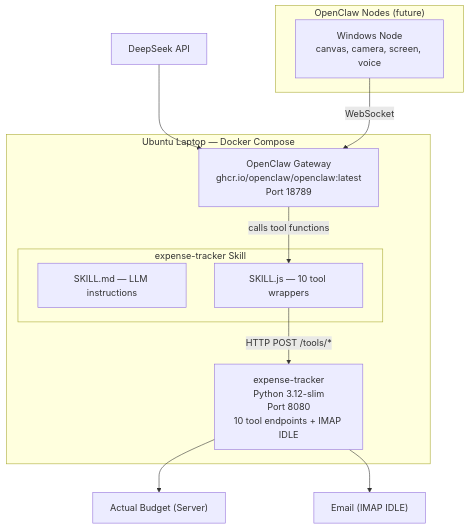
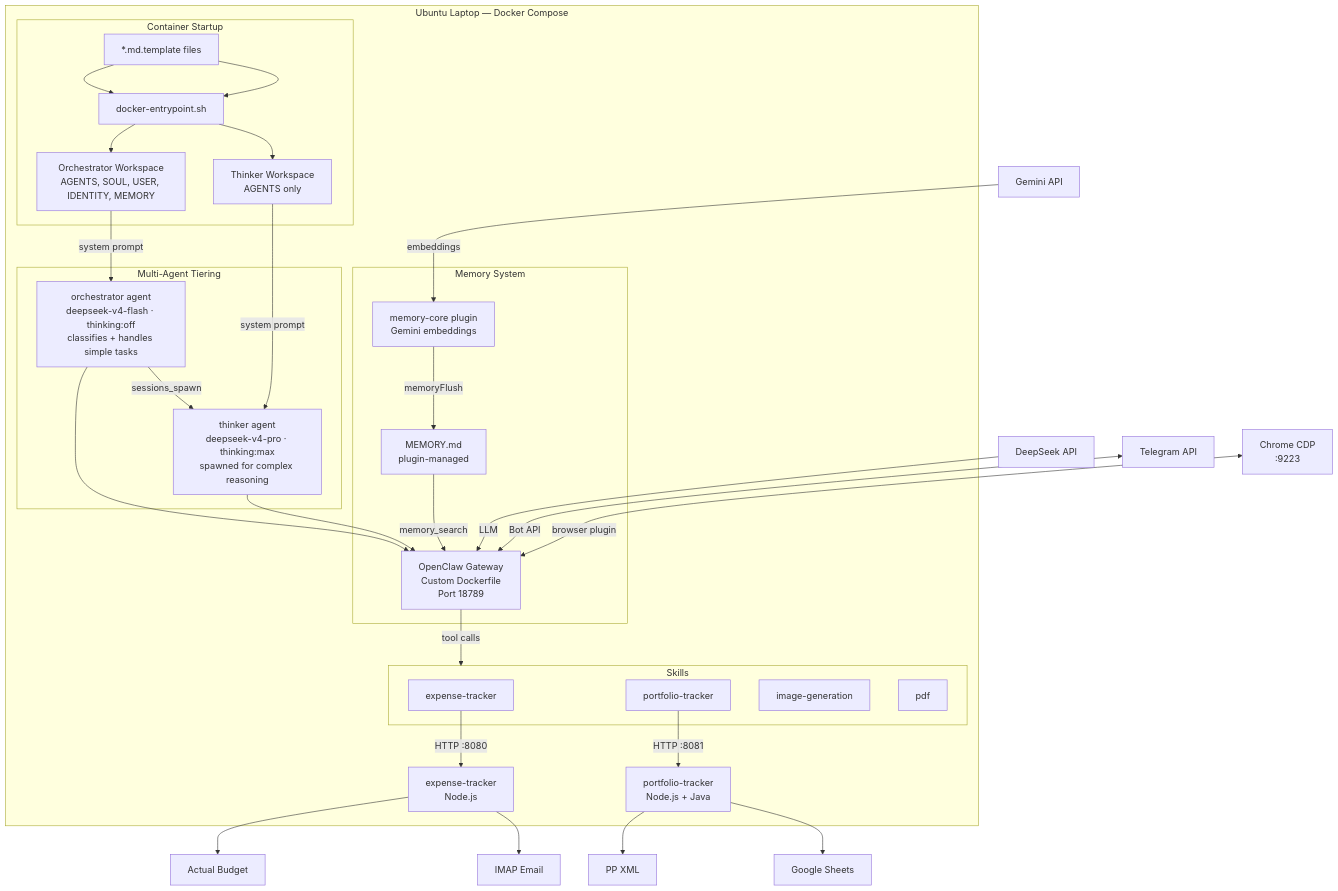
One commit to darrencjh8/darren-openclaw changed the sixth of 10 diagrams in design.md. Above: the diagram before and after it, drawn with Mermaid. The commit also changed other lines of this file and 212 other files, not shown here.

First line of the commit message:
Complete Node.js migration: WASM semantic search, 551 tests, spec cleanup (#7)

````diff
--- a/design.md
+++ b/design.md
@@ -591,25 +631,52 @@
 ```mermaid
 graph TB
     subgraph Local["Ubuntu Laptop — Docker Compose"]
-        GW["OpenClaw Gateway<br/>ghcr.io/openclaw/openclaw:latest<br/>Port 18789"]
-        
-        subgraph Skill["expense-tracker Skill"]
-            MD["SKILL.md — LLM instructions"]
-            JS["SKILL.js — 10 tool wrappers"]
+        subgraph Startup["Container Startup"]
+            TPL["*.md.template files"]
+            ENT["docker-entrypoint.sh"]
+            WS["Orchestrator Workspace<br/>AGENTS, SOUL, USER, IDENTITY, MEMORY"]
+            TWS["Thinker Workspace<br/>AGENTS only"]
+            TPL --> ENT --> WS
+            TPL --> ENT --> TWS
         end
-        
-        ET["expense-tracker<br/>Python 3.12-slim<br/>Port 8080<br/>10 tool endpoints + IMAP IDLE"]
-        
-        GW -->|"calls tool functions"| JS
-        JS -->|"HTTP POST /tools/*"| ET
+
+        subgraph Agents["Multi-Agent Tiering"]
+            ORCH["orchestrator agent<br/>deepseek-v4-flash · thinking:off<br/>classifies + handles simple tasks"]
+            THINK["thinker agent<br/>deepseek-v4-pro · thinking:max<br/>spawned for complex reasoning"]
+            ORCH -->|"sessions_spawn"| THINK
+        end
+
+        GW["OpenClaw Gateway<br/>Custom Dockerfile<br/>Port 18789"]
+        WS -->|"system prompt"| ORCH
+        TWS -->|"system prompt"| THINK
+        ORCH --> GW
+        THINK --> GW
+
+        subgraph Memory["Memory System"]
+            MC["memory-core plugin<br/>Gemini embeddings"]
+            MEM["MEMORY.md<br/>plugin-managed"]
+            MC -->|"memoryFlush"| MEM
+            MEM -->|"memory_search"| GW
+        end
+
+        subgraph Skills["Skills"]
+            EXP["expense-tracker"]
+            POR["portfolio-tracker"]
+            IMG["image-generation"]
+            PDF["pdf"]
+        end
+
+        GW -->|"tool calls"| Skills
+        EXP -->|"HTTP :8080"| ET["expense-tracker<br/>Node.js"]
+        POR -->|"HTTP :8081"| PT["portfolio-tracker<br/>Node.js + Java"]
     end
 
-    DS["DeepSeek API"] --> GW
-    ET --> AB["Actual Budget (Server)"]
-    ET --> Email["Email (IMAP IDLE)"]
-
-    subgraph Nodes["OpenClaw Nodes (future)"]
-        WIN["Windows Node<br/>canvas, camera, screen, voice"]
-    end
-    WIN -->|"WebSocket"| GW
+    DS["DeepSeek API"] -->|"LLM"| GW
+    GM["Gemini API"] -->|"embeddings"| MC
+    TG["Telegram API"] <-->|"Bot API"| GW
+    CH["Chrome CDP<br/>:9223"] <-->|"browser plugin"| GW
+    ET --> AB["Actual Budget"]
+    ET --> Email["IMAP Email"]
+    PT --> PP["PP XML"]
+    PT --> GS["Google Sheets"]
 ```
````
